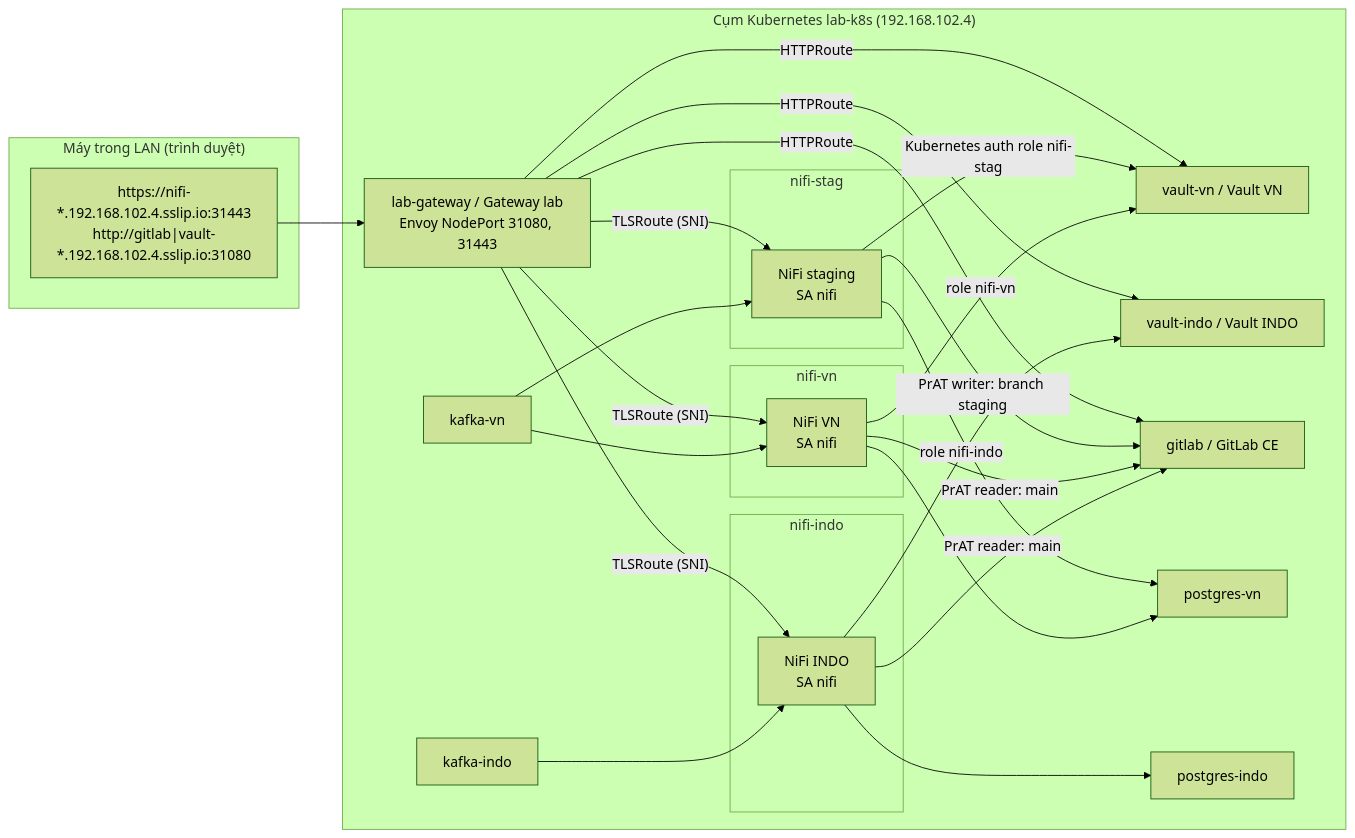
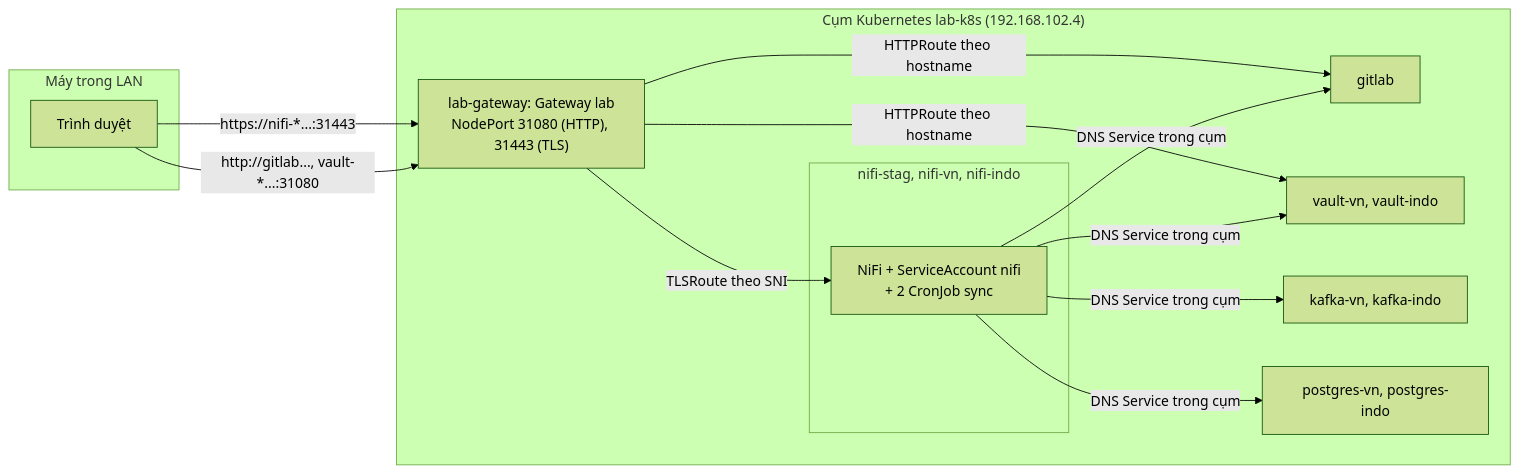
Before and after one commit to ducpham4010/nifi-multi-market-lab: the second of 4 diagrams in docs/GUIDE_K8S_VI.md, drawn with Mermaid (forest theme). The commit also changed other lines of this file and 2 other files, not shown here.

````diff
--- a/docs/GUIDE_K8S_VI.md
+++ b/docs/GUIDE_K8S_VI.md
@@ -27,39 +178,21 @@
 ```mermaid
 flowchart LR
-  subgraph LAN["Máy trong LAN (trình duyệt)"]
-    B["https://nifi-*.192.168.102.4.sslip.io:31443\nhttp://gitlab|vault-*.192.168.102.4.sslip.io:31080"]
+  subgraph LAN["Máy trong LAN"]
+    B["Trình duyệt"]
   end
   subgraph K8S["Cụm Kubernetes lab-k8s (192.168.102.4)"]
-    GW["lab-gateway / Gateway lab\nEnvoy NodePort 31080, 31443"]
-    subgraph NS1["nifi-stag"]
-      NS["NiFi staging\nSA nifi"]
+    GW["lab-gateway: Gateway lab<br/>NodePort 31080 (HTTP), 31443 (TLS)"]
+    subgraph NIFI["nifi-stag, nifi-vn, nifi-indo"]
+      N["NiFi + ServiceAccount nifi<br/>+ 2 CronJob sync"]
     end
-    subgraph NS2["nifi-vn"]
-      NV["NiFi VN\nSA nifi"]
-    end
-    subgraph NS3["nifi-indo"]
-      NI["NiFi INDO\nSA nifi"]
-    end
-    VV["vault-vn / Vault VN"]
-    VI["vault-indo / Vault INDO"]
-    G["gitlab / GitLab CE"]
-    KV["kafka-vn"]
-    KI["kafka-indo"]
-    PV["postgres-vn"]
-    PI["postgres-indo"]
+    G["gitlab"]
+    V["vault-vn, vault-indo"]
+    K["kafka-vn, kafka-indo"]
+    P["postgres-vn, postgres-indo"]
   end
-  B --> GW
-  GW -->|"TLSRoute (SNI)"| NS & NV & NI
-  GW -->|HTTPRoute| G & VV & VI
-  NS -->|"Kubernetes auth role nifi-stag"| VV
-  NV -->|"role nifi-vn"| VV
-  NI -->|"role nifi-indo"| VI
-  NS -->|"PrAT writer: branch staging"| G
-  NV -->|"PrAT reader: main"| G
-  NI -->|"PrAT reader: main"| G
-  KV --> NS & NV
-  KI --> NI
-  NS --> PV
-  NV --> PV
-  NI --> PI
+  B -->|"https://nifi-*...:31443"| GW
+  B -->|"http://gitlab..., vault-*...:31080"| GW
+  GW -->|"TLSRoute theo SNI"| N
+  GW -->|"HTTPRoute theo hostname"| G & V
+  N -->|"DNS Service trong cụm"| K & P & V & G
 ```
````
